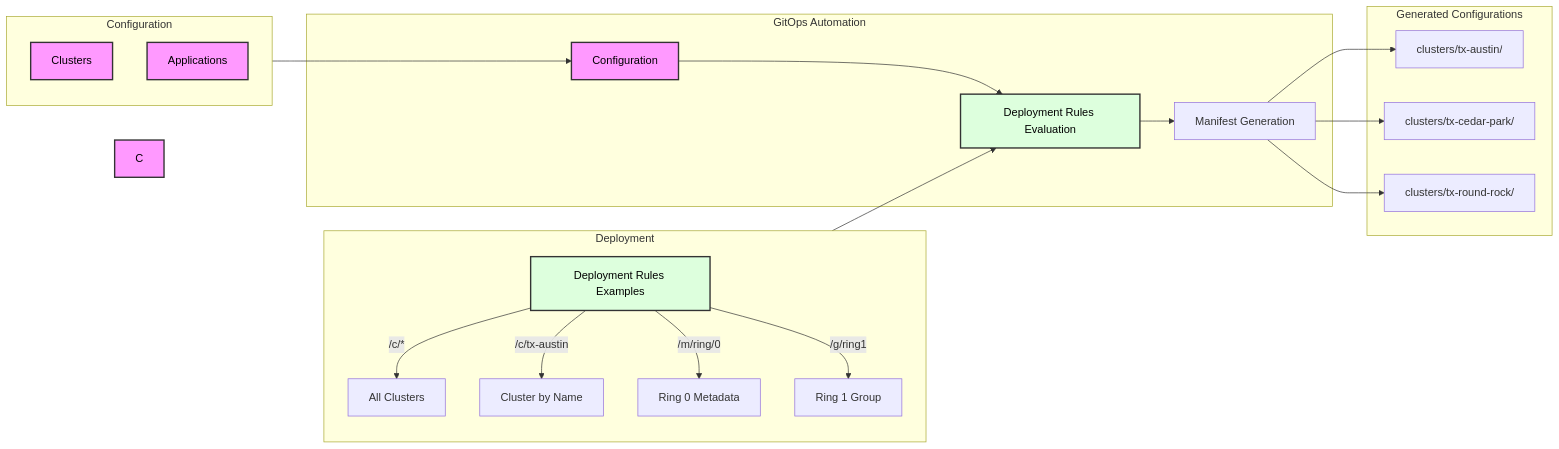
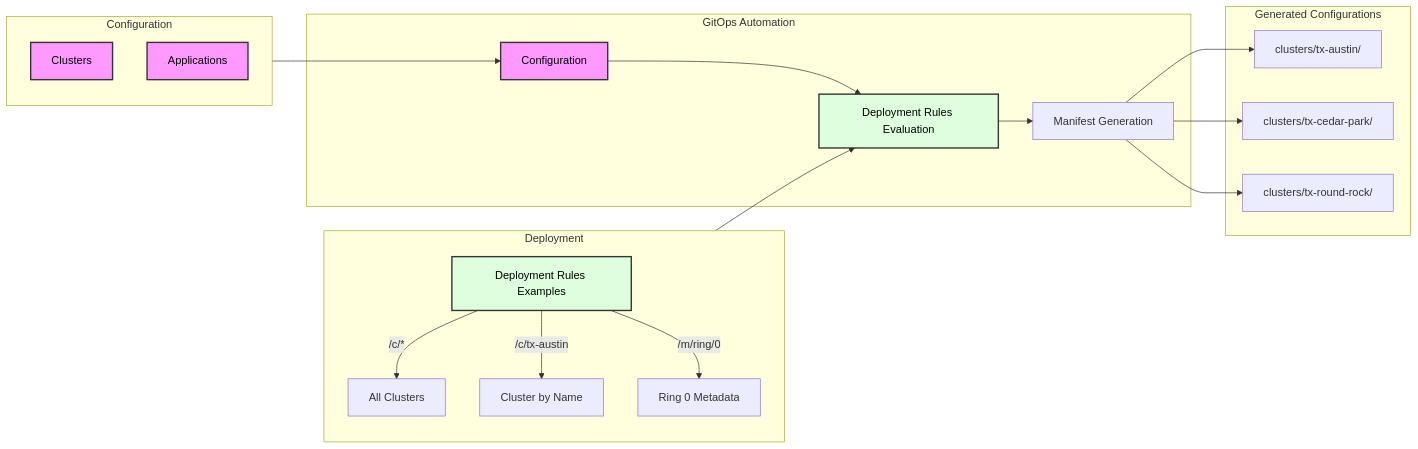
Before and after one commit to bartr/tlt: the first of 2 diagrams in README.md, drawn with Mermaid. The commit also changed other lines of this file, not shown here.

````diff
--- a/README.md
+++ b/README.md
@@ -133,36 +133,34 @@
 ```mermaid
 graph LR
     subgraph "Configuration"
         A[Clusters]
         B[Applications]
     end
 
     subgraph "Deployment"
         J[Deployment Rules Examples]
         J --> |"/c/*"| K[All Clusters]
         J --> |"/c/tx-austin"| N[Cluster by Name]
         J --> |"/m/ring/0"| L[Ring 0 Metadata]
-        J --> |"/g/ring1"| M[Ring 1 Group]
     end
 
     subgraph "GitOps Automation"
         O[Configuration] --> E[Deployment Rules Evaluation]
         E --> F[Manifest Generation]
     end
 
     subgraph "Generated Configurations"
         F --> G[clusters/tx-austin/]
         F --> H[clusters/tx-cedar-park/]
         F --> I[clusters/tx-round-rock/]
     end
 
     Configuration --> O
     Deployment --> E
 
     style A fill:#f9f,stroke:#333,stroke-width:2px,color:#000
     style B fill:#f9f,stroke:#333,stroke-width:2px,color:#000
-    style C fill:#f9f,stroke:#333,stroke-width:2px,color:#000
     style E fill:#dfd,stroke:#333,stroke-width:2px,color:#000
     style J fill:#dfd,stroke:#333,stroke-width:2px,color:#000
     style O fill:#f9f,stroke:#333,stroke-width:2px,color:#000
 ```
````
